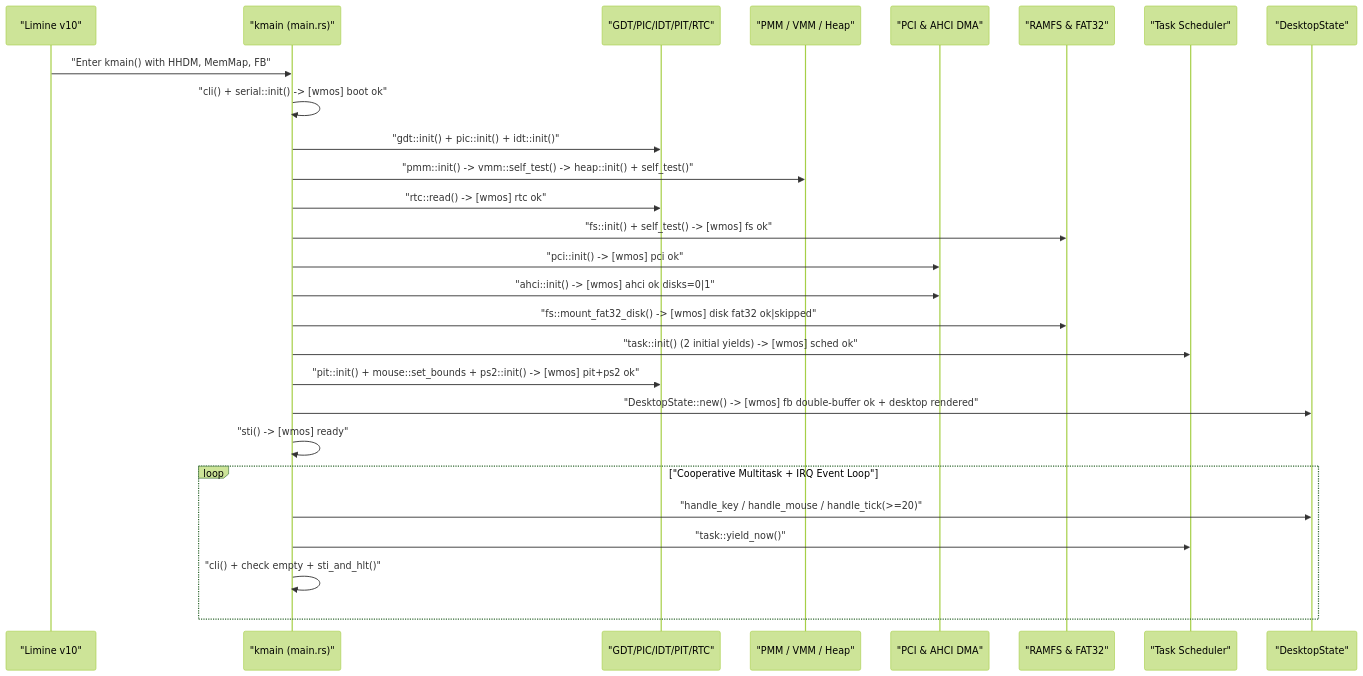
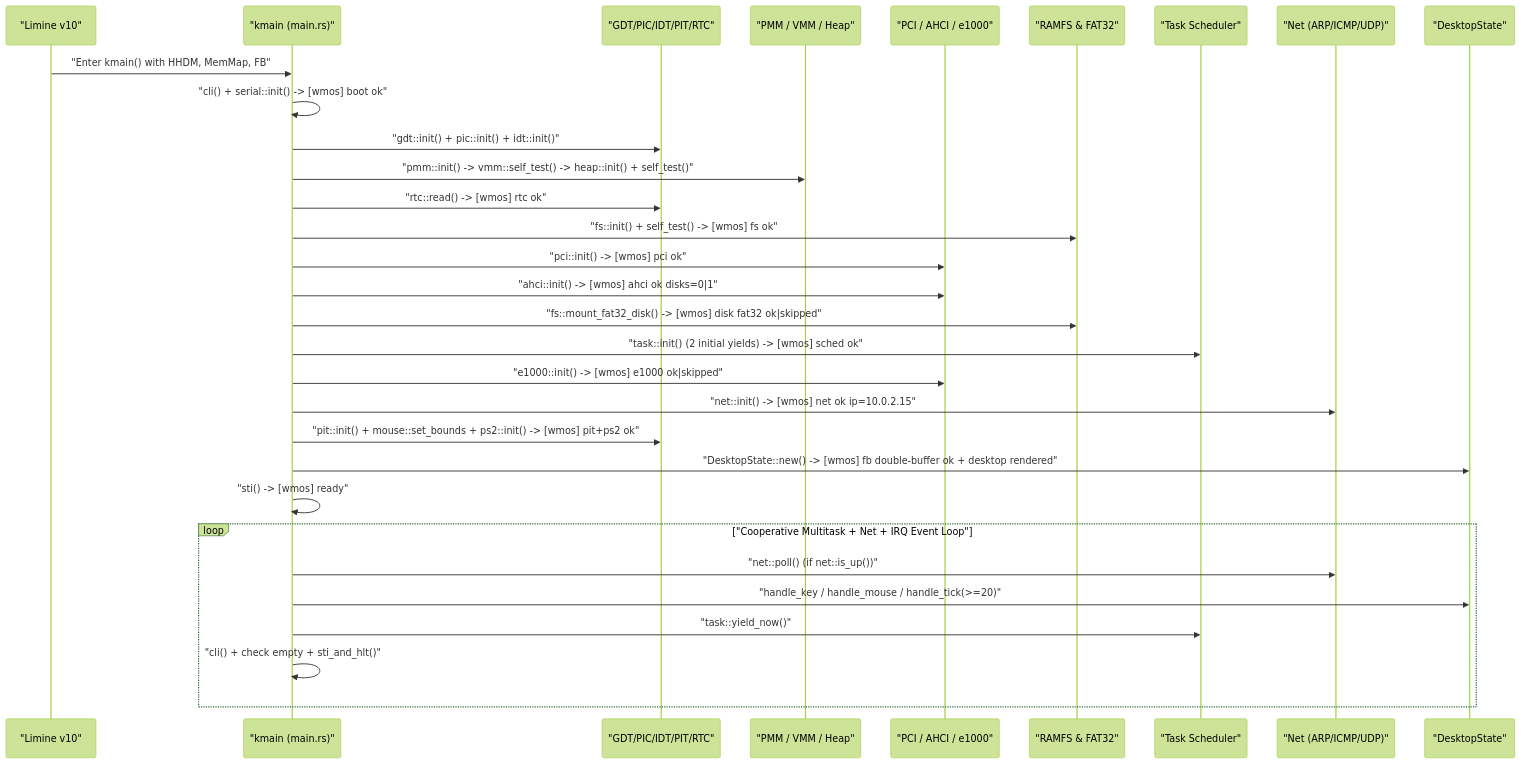
Before and after one commit to wmsir/wmos: the second of 2 diagrams in docs/DESIGN.md, drawn with Mermaid (forest theme). The commit also changed other lines of this file and 10 other files, not shown here.

Commit message:
feat(v4.1.0): add Intel e1000 NIC driver, ARP/ICMP/UDP stack, ping/ifconfig, and CI network check

````diff
--- a/docs/DESIGN.md
+++ b/docs/DESIGN.md
@@ -135,30 +143,34 @@
 ```mermaid
 sequenceDiagram
     participant Limine as "Limine v10"
     participant KMain as "kmain (main.rs)"
     participant Arch as "GDT/PIC/IDT/PIT/RTC"
     participant Mem as "PMM / VMM / Heap"
-    participant Bus as "PCI & AHCI DMA"
+    participant Bus as "PCI / AHCI / e1000"
     participant FS as "RAMFS & FAT32"
     participant Task as "Task Scheduler"
+    participant Net as "Net (ARP/ICMP/UDP)"
     participant UI as "DesktopState"
 
     Limine->>KMain: "Enter kmain() with HHDM, MemMap, FB"
     KMain->>KMain: "cli() + serial::init() -> [wmos] boot ok"
     KMain->>Arch: "gdt::init() + pic::init() + idt::init()"
     KMain->>Mem: "pmm::init() -> vmm::self_test() -> heap::init() + self_test()"
     KMain->>Arch: "rtc::read() -> [wmos] rtc ok"
     KMain->>FS: "fs::init() + self_test() -> [wmos] fs ok"
     KMain->>Bus: "pci::init() -> [wmos] pci ok"
     KMain->>Bus: "ahci::init() -> [wmos] ahci ok disks=0|1"
     KMain->>FS: "fs::mount_fat32_disk() -> [wmos] disk fat32 ok|skipped"
     KMain->>Task: "task::init() (2 initial yields) -> [wmos] sched ok"
+    KMain->>Bus: "e1000::init() -> [wmos] e1000 ok|skipped"
+    KMain->>Net: "net::init() -> [wmos] net ok ip=10.0.2.15"
     KMain->>Arch: "pit::init() + mouse::set_bounds + ps2::init() -> [wmos] pit+ps2 ok"
     KMain->>UI: "DesktopState::new() -> [wmos] fb double-buffer ok + desktop rendered"
     KMain->>KMain: "sti() -> [wmos] ready"
-    loop "Cooperative Multitask + IRQ Event Loop"
+    loop "Cooperative Multitask + Net + IRQ Event Loop"
+        KMain->>Net: "net::poll() (if net::is_up())"
         KMain->>UI: "handle_key / handle_mouse / handle_tick(>=20)"
         KMain->>Task: "task::yield_now()"
         KMain->>KMain: "cli() + check empty + sti_and_hlt()"
     end
 ```
````
